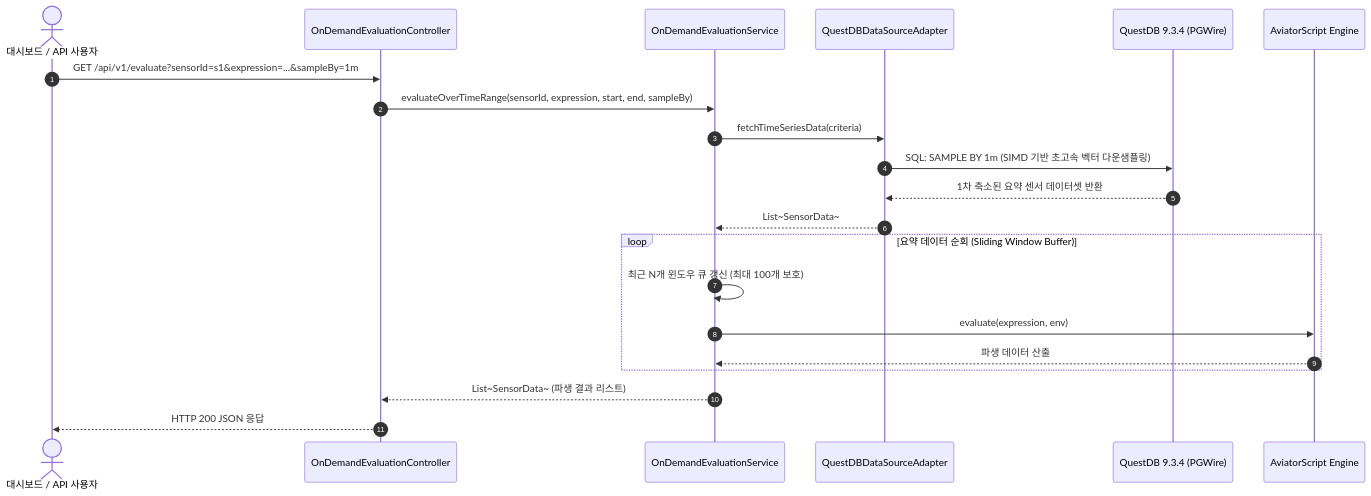
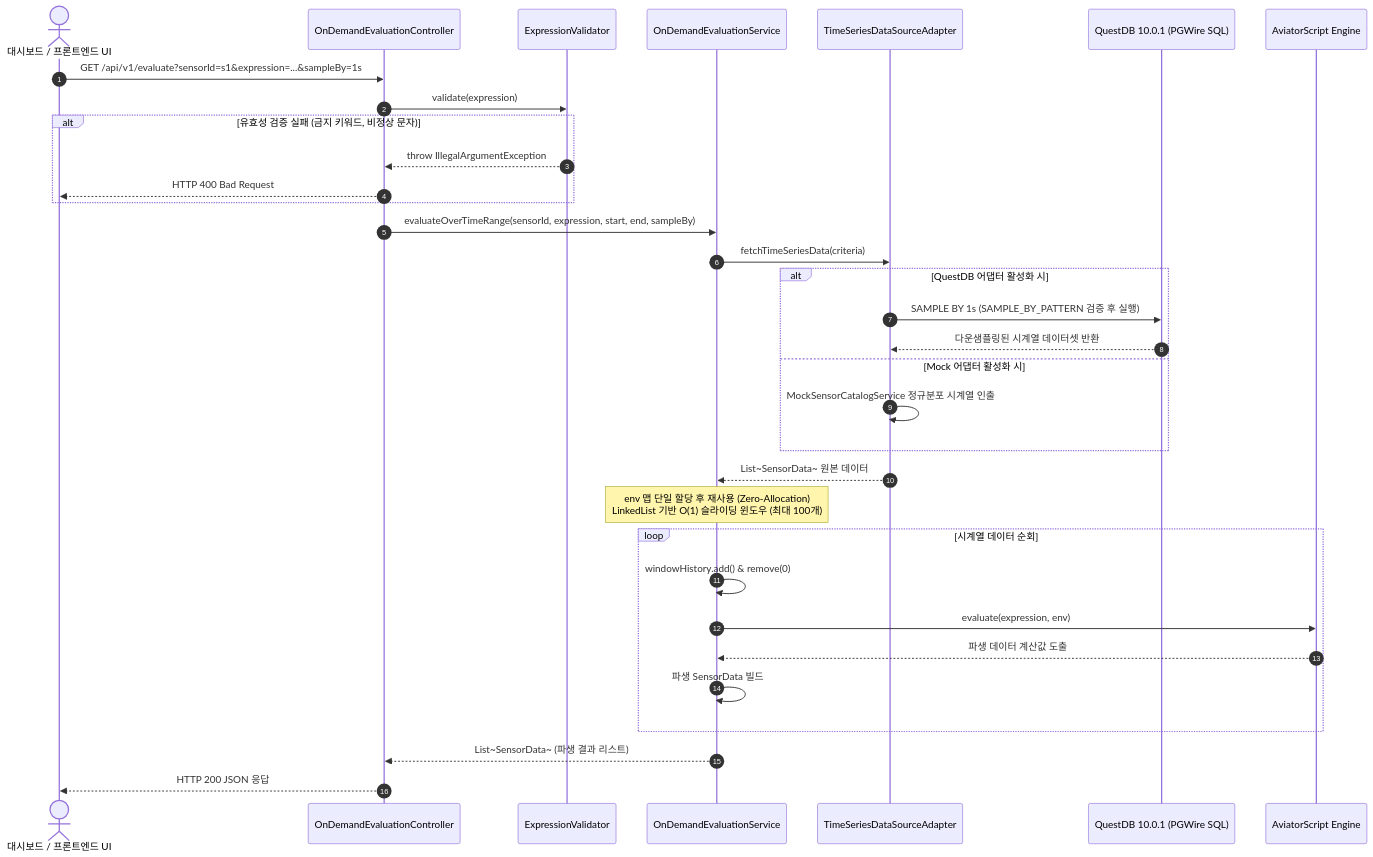
Before and after one commit to imoil/formula-evaluator-service: the fifth of 8 diagrams in ARCHITECTURE_GUIDE.md, drawn with Mermaid. The commit also changed other lines of this file and 4 other files, not shown here.

First line of the commit message:
docs: update architecture, README, GEMINI, and frontend/streaming guides

````diff
--- a/ARCHITECTURE_GUIDE.md
+++ b/ARCHITECTURE_GUIDE.md
@@ -207,27 +410,39 @@
 ```mermaid
 sequenceDiagram
     autonumber
-    actor Client as 대시보드 / API 사용자
+    actor Client as 대시보드 / 프론트엔드 UI
     participant Controller as OnDemandEvaluationController
+    participant Validator as ExpressionValidator
     participant Service as OnDemandEvaluationService
-    participant Adapter as QuestDBDataSourceAdapter
-    participant DB as QuestDB 9.3.4 (PGWire)
+    participant Adapter as TimeSeriesDataSourceAdapter
+    participant DB as QuestDB 10.0.1 (PGWire SQL)
     participant Engine as AviatorScript Engine
 
-    Client->>Controller: GET /api/v1/evaluate?sensorId=s1&expression=...&sampleBy=1m
+    Client->>Controller: GET /api/v1/evaluate?sensorId=s1&expression=...&sampleBy=1s
+    Controller->>Validator: validate(expression)
+    alt 유효성 검증 실패 (금지 키워드, 비정상 문자)
+        Validator-->>Controller: throw IllegalArgumentException
+        Controller-->>Client: HTTP 400 Bad Request
+    end
     Controller->>Service: evaluateOverTimeRange(sensorId, expression, start, end, sampleBy)
     
     Service->>Adapter: fetchTimeSeriesData(criteria)
-    Adapter->>DB: SQL: SAMPLE BY 1m (SIMD 기반 초고속 벡터 다운샘플링)
-    DB-->>Adapter: 1차 축소된 요약 센서 데이터셋 반환
-    Adapter-->>Service: List~SensorData~
+    alt QuestDB 어댑터 활성화 시
+        Adapter->>DB: SAMPLE BY 1s (SAMPLE_BY_PATTERN 검증 후 실행)
+        DB-->>Adapter: 다운샘플링된 시계열 데이터셋 반환
+    else Mock 어댑터 활성화 시
+        Adapter->>Adapter: MockSensorCatalogService 정규분포 시계열 인출
+    end
+    Adapter-->>Service: List~SensorData~ 원본 데이터
     
-    loop 요약 데이터 순회 (Sliding Window Buffer)
-        Service->>Service: 최근 N개 윈도우 큐 갱신 (최대 100개 보호)
+    Note over Service: env 맵 단일 할당 후 재사용 (Zero-Allocation)<br/>LinkedList 기반 O(1) 슬라이딩 윈도우 (최대 100개)
+    loop 시계열 데이터 순회
+        Service->>Service: windowHistory.add() & remove(0)
         Service->>Engine: evaluate(expression, env)
-        Engine-->>Service: 파생 데이터 산출
+        Engine-->>Service: 파생 데이터 계산값 도출
+        Service->>Service: 파생 SensorData 빌드
     end
     
     Service-->>Controller: List~SensorData~ (파생 결과 리스트)
     Controller-->>Client: HTTP 200 JSON 응답
 ```
````
